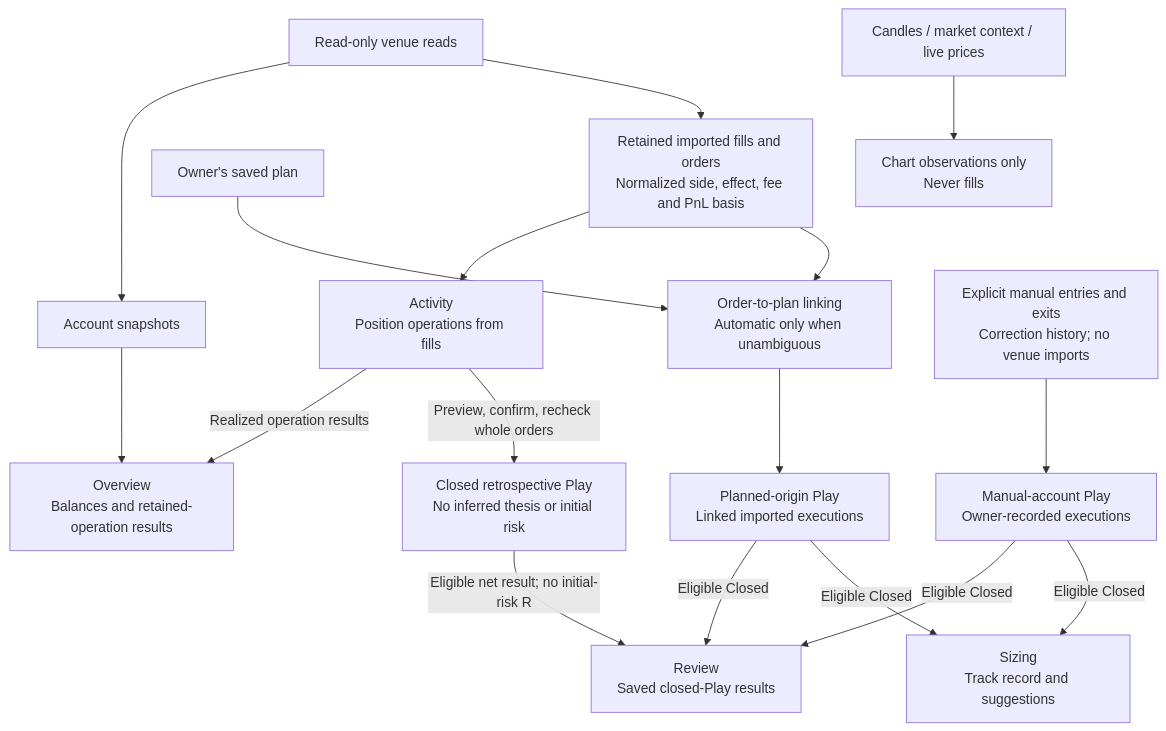
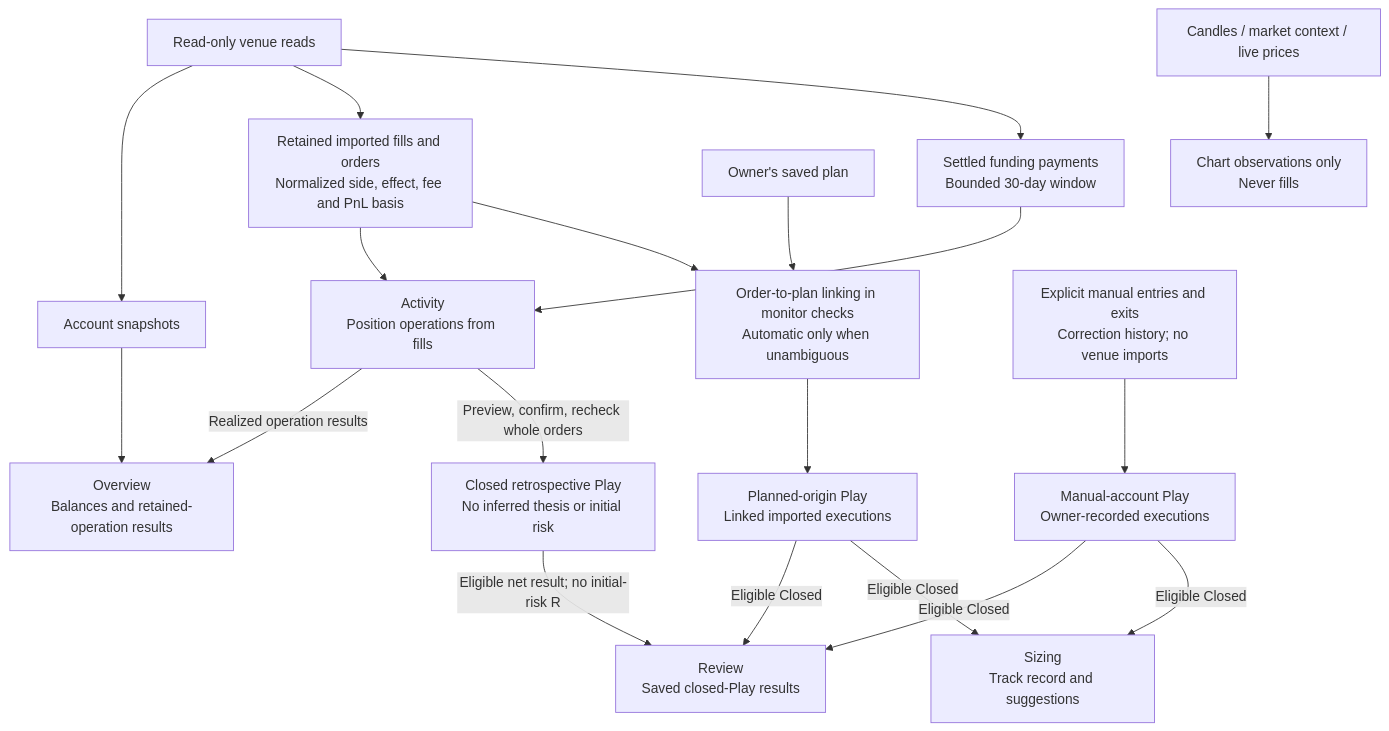
Before and after one commit to jcarcaboso/vessel: the third of 4 diagrams in docs/diagrams/app-status.md, drawn with Mermaid. The commit also changed other lines of this file and 14 other files, not shown here.

````diff
--- a/docs/diagrams/app-status.md
+++ b/docs/diagrams/app-status.md
@@ -75,19 +91,21 @@
 ```mermaid
 flowchart TD
     Venue["Read-only venue reads"] --> Snapshot["Account snapshots"]
     Venue --> Imports["Retained imported fills and orders<br/>Normalized side, effect, fee and PnL basis"]
     Snapshot --> Overview["Overview<br/>Balances and retained-operation results"]
     Imports --> Activity["Activity<br/>Position operations from fills"]
     Activity -->|"Realized operation results"| Overview
-    Imports --> Match["Order-to-plan linking<br/>Automatic only when unambiguous"]
+    Venue --> Funding["Settled funding payments<br/>Bounded 30-day window"]
+    Funding --> Activity
+    Imports --> Match["Order-to-plan linking in monitor checks<br/>Automatic only when unambiguous"]
     Plan["Owner's saved plan"] --> Match
     Match --> Planned["Planned-origin Play<br/>Linked imported executions"]
     Manual["Explicit manual entries and exits<br/>Correction history; no venue imports"] --> ManualPlay["Manual-account Play<br/>Owner-recorded executions"]
     Planned -->|"Eligible Closed"| Review["Review<br/>Saved closed-Play results"]
     ManualPlay -->|"Eligible Closed"| Review
     Planned -->|"Eligible Closed"| Sizing["Sizing<br/>Track record and suggestions"]
     ManualPlay -->|"Eligible Closed"| Sizing
     Activity -->|"Preview, confirm, recheck whole orders"| Retro["Closed retrospective Play<br/>No inferred thesis or initial risk"]
     Retro -->|"Eligible net result; no initial-risk R"| Review
     Prices["Candles / market context / live prices"] --> Chart["Chart observations only<br/>Never fills"]
 ```
````
